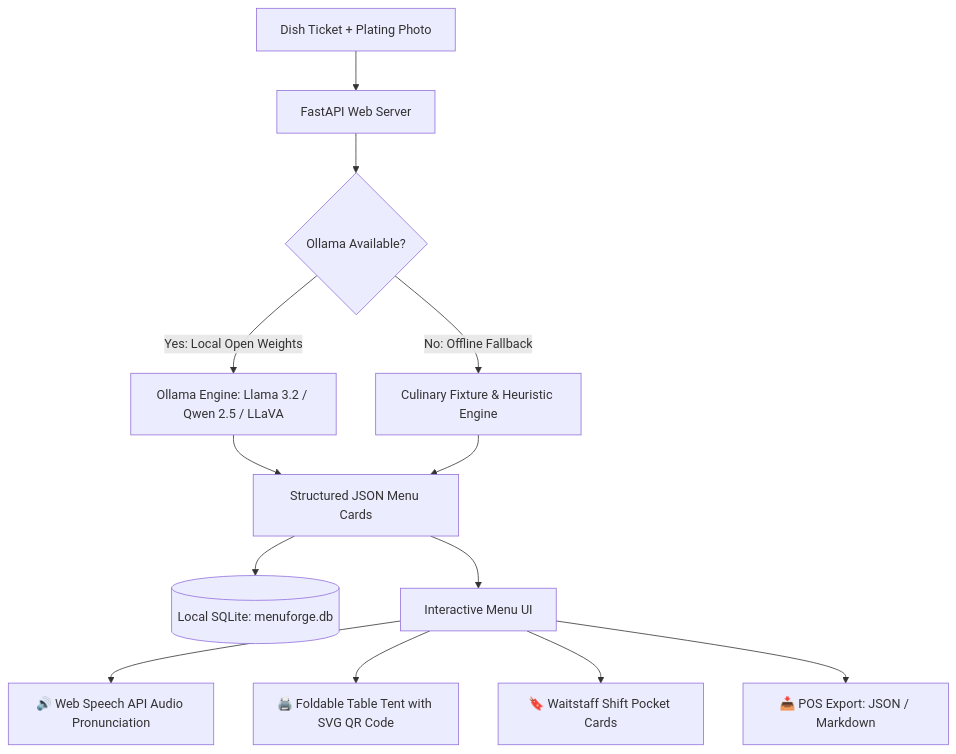
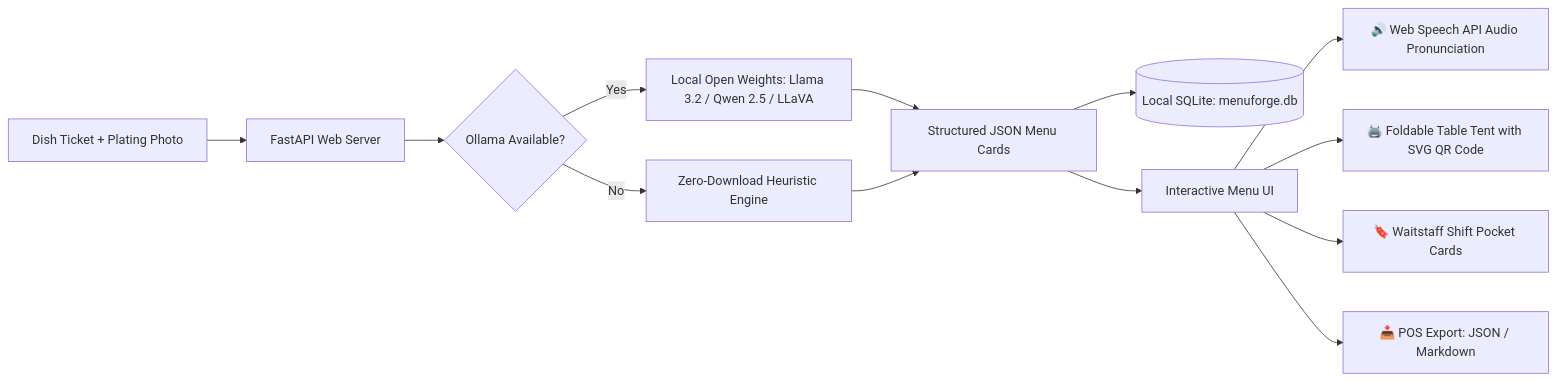
One commit to paiikarthik/MenuForge changed the diagram in SUBMISSION.md. Above: the diagram before and after it, drawn with Mermaid. The commit also changed other lines of this file, not shown here.

````diff
--- a/SUBMISSION.md
+++ b/SUBMISSION.md
@@ -64,15 +72,15 @@
 ```mermaid
-flowchart TD
+flowchart LR
     A[Dish Ticket + Plating Photo] --> B[FastAPI Web Server]
     B --> C{Ollama Available?}
-    C -->|Yes: Local Open Weights| D[Ollama Engine: Llama 3.2 / Qwen 2.5 / LLaVA]
-    C -->|No: Offline Fallback| E[Culinary Fixture & Heuristic Engine]
+    C -->|Yes| D[Local Open Weights: Llama 3.2 / Qwen 2.5 / LLaVA]
+    C -->|No| E[Zero-Download Heuristic Engine]
     D --> F[Structured JSON Menu Cards]
     E --> F
     F --> G[(Local SQLite: menuforge.db)]
     F --> H[Interactive Menu UI]
     H --> I[🔊 Web Speech API Audio Pronunciation]
     H --> J[🖨️ Foldable Table Tent with SVG QR Code]
     H --> K[🔖 Waitstaff Shift Pocket Cards]
     H --> L[📥 POS Export: JSON / Markdown]
 ```
````
